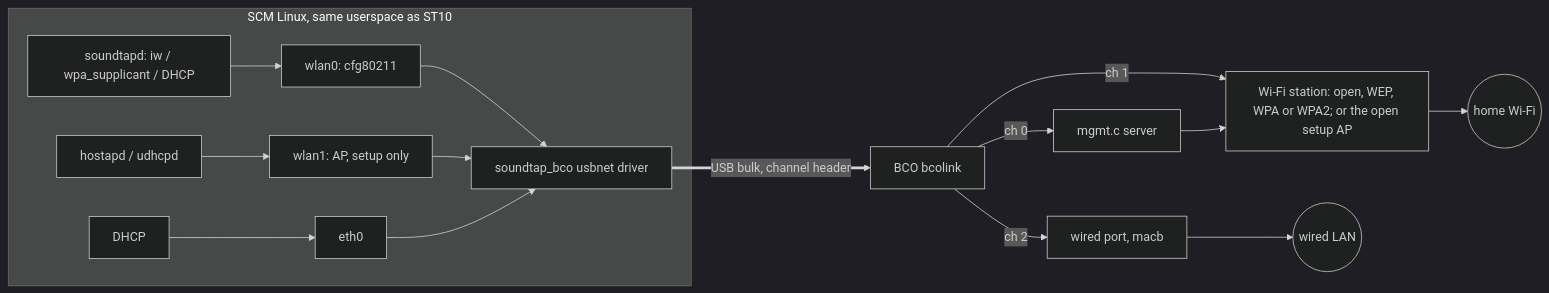
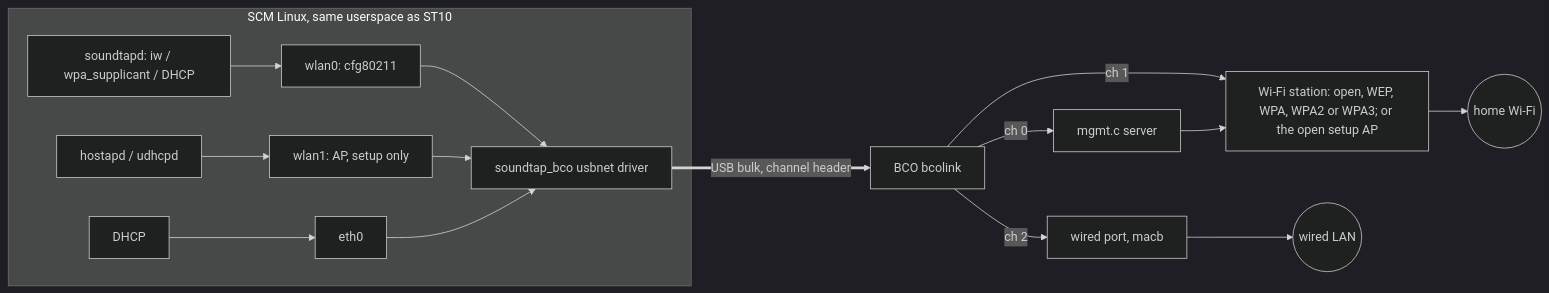
One commit to stein155/soundtap changed the ninth of 9 diagrams in docs/contributors/design.md. Above: the diagram before and after it, drawn with Mermaid (dark theme). The commit also changed other lines of this file and 36 other files, not shown here.

````diff
--- a/docs/contributors/design.md
+++ b/docs/contributors/design.md
@@ -517,18 +518,18 @@
 ```mermaid
 flowchart LR
   subgraph SCM[SCM Linux, same userspace as ST10]
     WPA[soundtapd: iw / wpa_supplicant / DHCP] --> WL[wlan0: cfg80211]
     HAP[hostapd / udhcpd] --> W1[wlan1: AP, setup only]
     DH[DHCP] --> E0[eth0]
     WL --> DRV[soundtap_bco usbnet driver]
     W1 --> DRV
     E0 --> DRV
   end
   DRV == USB bulk, channel header ==> LINK[BCO bcolink]
   LINK -- ch 0 --> MG[mgmt.c server]
-  LINK -- ch 1 --> STA[Wi-Fi station: open, WEP, WPA or WPA2; or the open setup AP]
+  LINK -- ch 1 --> STA[Wi-Fi station: open, WEP, WPA, WPA2 or WPA3; or the open setup AP]
   LINK -- ch 2 --> GEM[wired port, macb]
   MG --> STA
   STA --> AIR((home Wi-Fi))
   GEM --> LAN((wired LAN))
 ```
````
